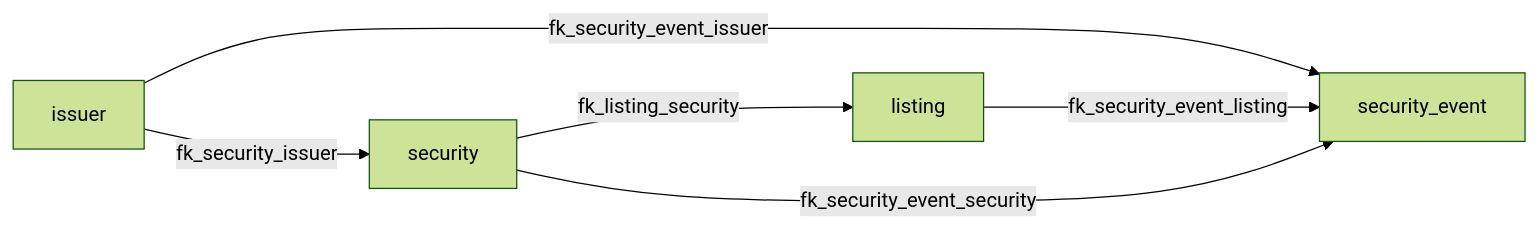
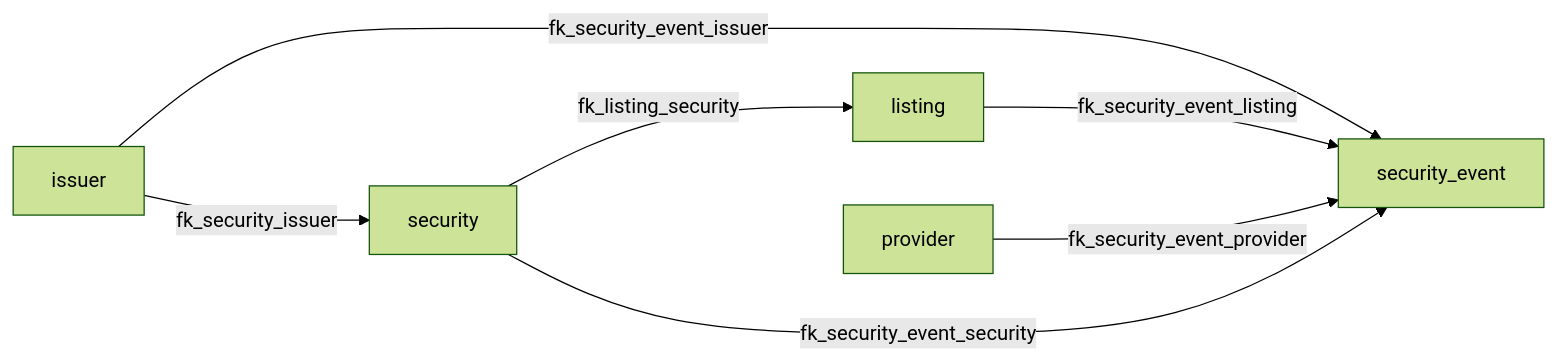
The diagram in docs/db/stonks/generated/erd-groups/security-events-relations.md (cmhettinger/empire), drawn with Mermaid (forest theme) before and after one commit. The commit also changed 79 other files, not shown here.

````diff
--- a/docs/db/stonks/generated/erd-groups/security-events-relations.md
+++ b/docs/db/stonks/generated/erd-groups/security-events-relations.md
@@ -1,13 +1,15 @@
 ```mermaid
 flowchart LR
   issuer["issuer"]
   listing["listing"]
+  provider["provider"]
   security["security"]
   security_event["security_event"]
 
   security -->|fk_listing_security| listing
   issuer -->|fk_security_issuer| security
   issuer -->|fk_security_event_issuer| security_event
   listing -->|fk_security_event_listing| security_event
+  provider -->|fk_security_event_provider| security_event
   security -->|fk_security_event_security| security_event
 ```
````
